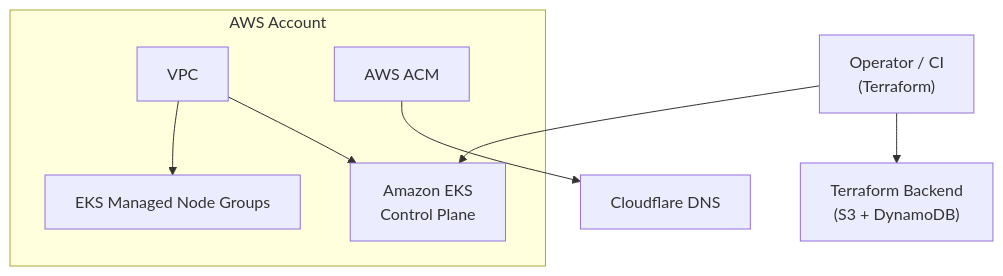
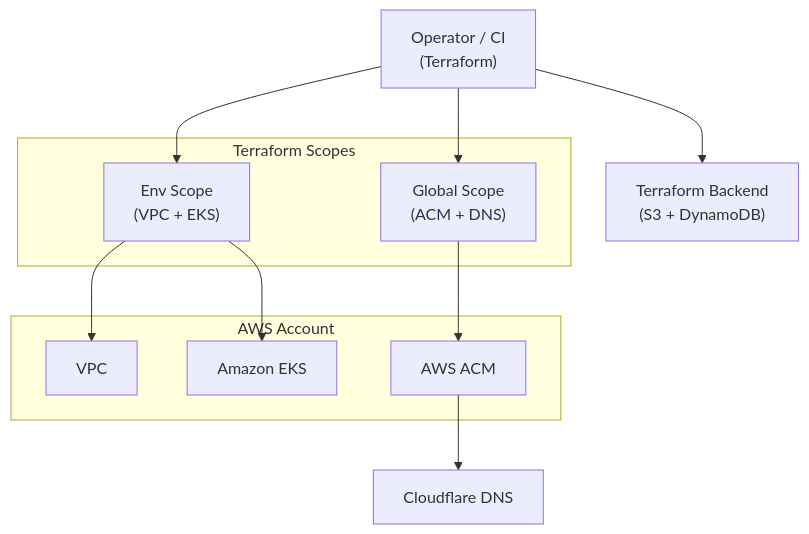
The diagram in README.md (LaurisNeimanis/aws-eks-platform), drawn with Mermaid before and after one commit. The commit also changed other lines of this file and 18 other files, not shown here.

Commit message:
refactor(terraform): extract global ACM + Cloudflare DNS, align repo structure and docs

````diff
--- a/README.md
+++ b/README.md
@@ -135,22 +130,28 @@
 ```mermaid
 flowchart TB
   Operator["Operator / CI<br/>(Terraform)"]
 
+  subgraph TF["Terraform Scopes"]
+    Global["Global Scope<br/>(ACM + DNS)"]
+    Env["Env Scope<br/>(VPC + EKS)"]
+  end
+
   subgraph AWS["AWS Account"]
     VPC["VPC"]
-
-    EKS["Amazon EKS<br/>Control Plane"]
-    Nodes["EKS Managed Node Groups"]
+    EKS["Amazon EKS"]
     ACM["AWS ACM"]
-
-    VPC --> EKS
-    VPC --> Nodes
   end
 
   CF["Cloudflare DNS"]
   TFSTATE["Terraform Backend<br/>(S3 + DynamoDB)"]
 
   Operator --> TFSTATE
-  Operator --> EKS
+  Operator --> Global
+  Operator --> Env
+
+  Env --> VPC
+  Env --> EKS
+
+  Global --> ACM
   ACM --> CF
 ```
````
